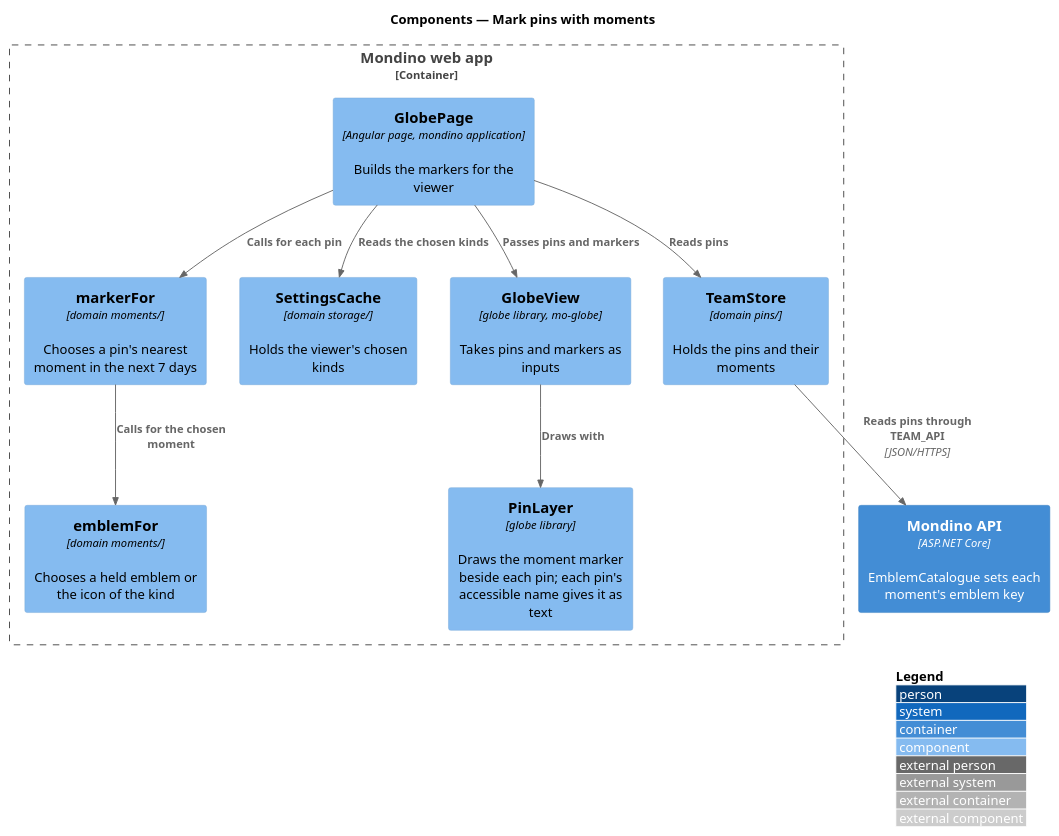
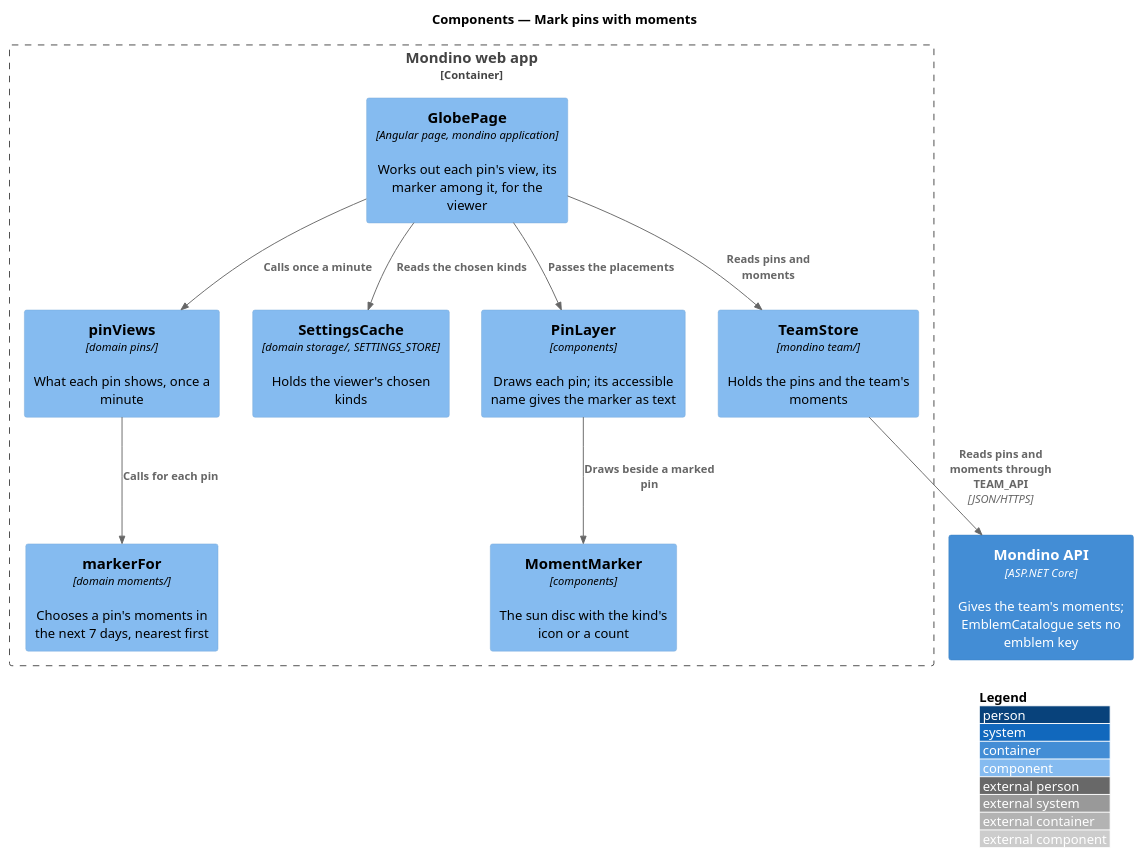
One commit to QuinntyneBrown/Mondino changed the diagram in docs/detailed-designs/moments/mark-pins-with-moments/diagrams/c4-component.puml. Above: the diagram before and after it, drawn with PlantUML. The commit also changed 12 other files, not shown here.

```diff
--- a/docs/detailed-designs/moments/mark-pins-with-moments/diagrams/c4-component.puml
+++ b/docs/detailed-designs/moments/mark-pins-with-moments/diagrams/c4-component.puml
@@ -1,24 +1,24 @@
 @startuml
 !include <C4/C4_Component>
 LAYOUT_WITH_LEGEND()
 title Components — Mark pins with moments
 
 Container_Boundary(web, "Mondino web app") {
-  Component(page, "GlobePage", "Angular page, mondino application", "Builds the markers for the viewer")
-  Component(store, "TeamStore", "domain pins/", "Holds the pins and their moments")
-  Component(cache, "SettingsCache", "domain storage/", "Holds the viewer's chosen kinds")
-  Component(marker, "markerFor", "domain moments/", "Chooses a pin's nearest moment in the next 7 days")
-  Component(emblem, "emblemFor", "domain moments/", "Chooses a held emblem or the icon of the kind")
-  Component(view, "GlobeView", "globe library, mo-globe", "Takes pins and markers as inputs")
-  Component(layer, "PinLayer", "globe library", "Draws the moment marker beside each pin; each pin's accessible name gives it as text")
+  Component(page, "GlobePage", "Angular page, mondino application", "Works out each pin's view, its marker among it, for the viewer")
+  Component(store, "TeamStore", "mondino team/", "Holds the pins and the team's moments")
+  Component(cache, "SettingsCache", "domain storage/, SETTINGS_STORE", "Holds the viewer's chosen kinds")
+  Component(views, "pinViews", "domain pins/", "What each pin shows, once a minute")
+  Component(marker, "markerFor", "domain moments/", "Chooses a pin's moments in the next 7 days, nearest first")
+  Component(layer, "PinLayer", "components", "Draws each pin; its accessible name gives the marker as text")
+  Component(mm, "MomentMarker", "components", "The sun disc with the kind's icon or a count")
 }
-Container(api, "Mondino API", "ASP.NET Core", "EmblemCatalogue sets each moment's emblem key")
+Container(api, "Mondino API", "ASP.NET Core", "Gives the team's moments; EmblemCatalogue sets no emblem key")
 
-Rel(store, api, "Reads pins through TEAM_API", "JSON/HTTPS")
-Rel(page, store, "Reads pins")
+Rel(store, api, "Reads pins and moments through TEAM_API", "JSON/HTTPS")
+Rel(page, store, "Reads pins and moments")
 Rel(page, cache, "Reads the chosen kinds")
-Rel(page, marker, "Calls for each pin")
-Rel(marker, emblem, "Calls for the chosen moment")
-Rel(page, view, "Passes pins and markers")
-Rel(view, layer, "Draws with")
+Rel(page, views, "Calls once a minute")
+Rel(views, marker, "Calls for each pin")
+Rel(page, layer, "Passes the placements")
+Rel(layer, mm, "Draws beside a marked pin")
 @enduml
```
